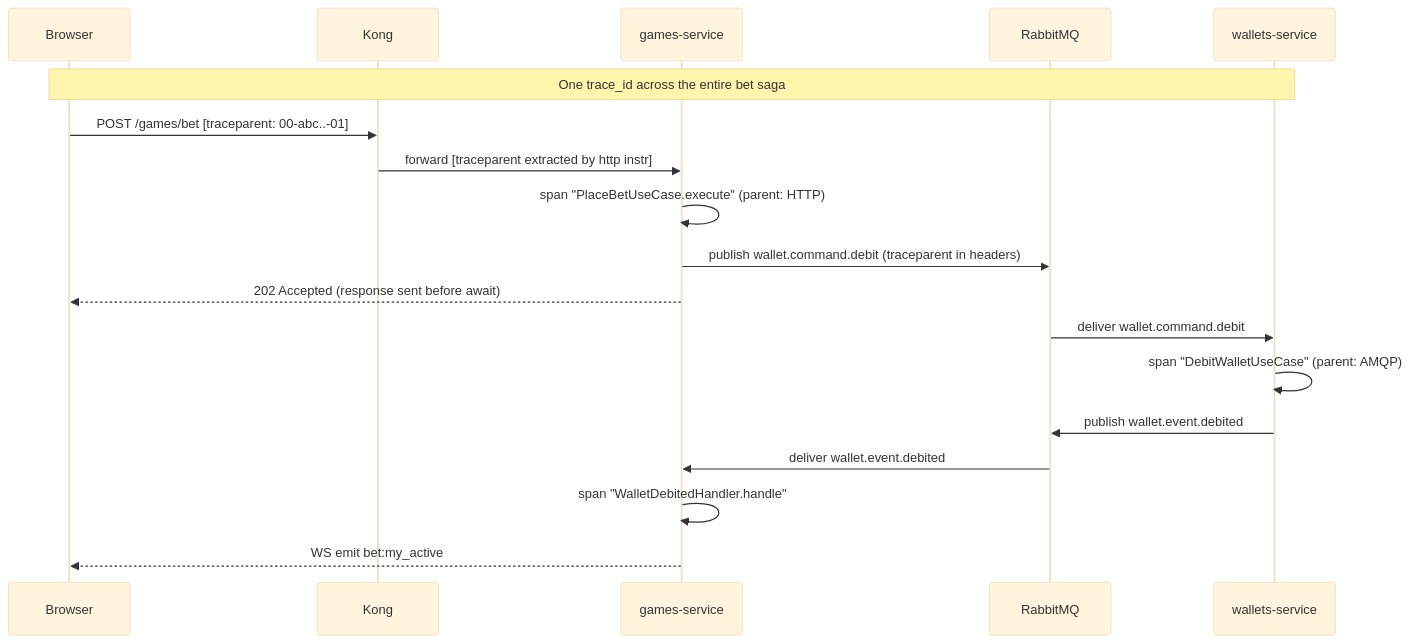
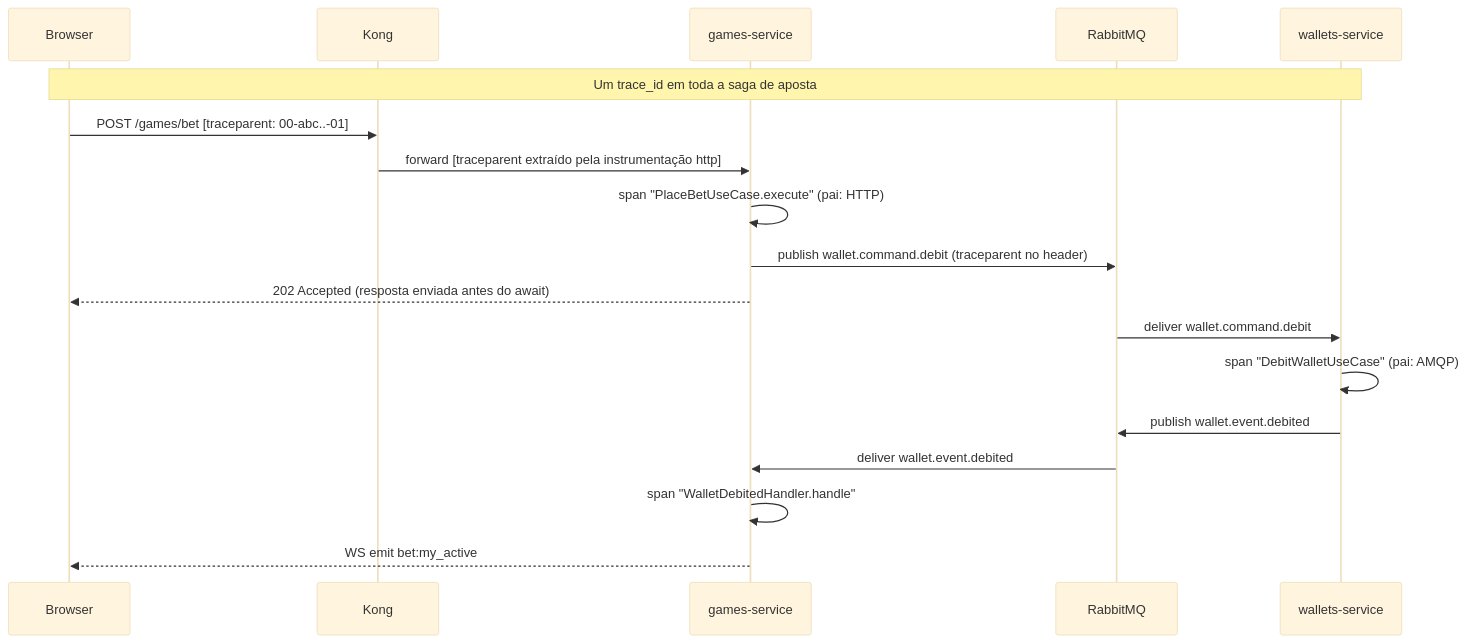
Before and after one commit to pedropaulobrasca/fullstack-challenge: the second of 2 diagrams in README.md, drawn with Mermaid (base theme). The commit also changed other lines of this file, not shown here.

````diff
--- a/README.md
+++ b/README.md
@@ -101,21 +101,21 @@
 ```mermaid
 sequenceDiagram
   participant FE as Browser
   participant Kong as Kong
   participant Games as games-service
   participant RMQ as RabbitMQ
   participant Wallets as wallets-service
 
-  Note over FE,Wallets: One trace_id across the entire bet saga
+  Note over FE,Wallets: Um trace_id em toda a saga de aposta
   FE->>Kong: POST /games/bet [traceparent: 00-abc..-01]
-  Kong->>Games: forward [traceparent extracted by http instr]
-  Games->>Games: span "PlaceBetUseCase.execute" (parent: HTTP)
-  Games->>RMQ: publish wallet.command.debit (traceparent in headers)
-  Games-->>FE: 202 Accepted (response sent before await)
+  Kong->>Games: forward [traceparent extraído pela instrumentação http]
+  Games->>Games: span "PlaceBetUseCase.execute" (pai: HTTP)
+  Games->>RMQ: publish wallet.command.debit (traceparent no header)
+  Games-->>FE: 202 Accepted (resposta enviada antes do await)
   RMQ->>Wallets: deliver wallet.command.debit
-  Wallets->>Wallets: span "DebitWalletUseCase" (parent: AMQP)
+  Wallets->>Wallets: span "DebitWalletUseCase" (pai: AMQP)
   Wallets->>RMQ: publish wallet.event.debited
   RMQ->>Games: deliver wallet.event.debited
   Games->>Games: span "WalletDebitedHandler.handle"
   Games-->>FE: WS emit bet:my_active
 ```
````
